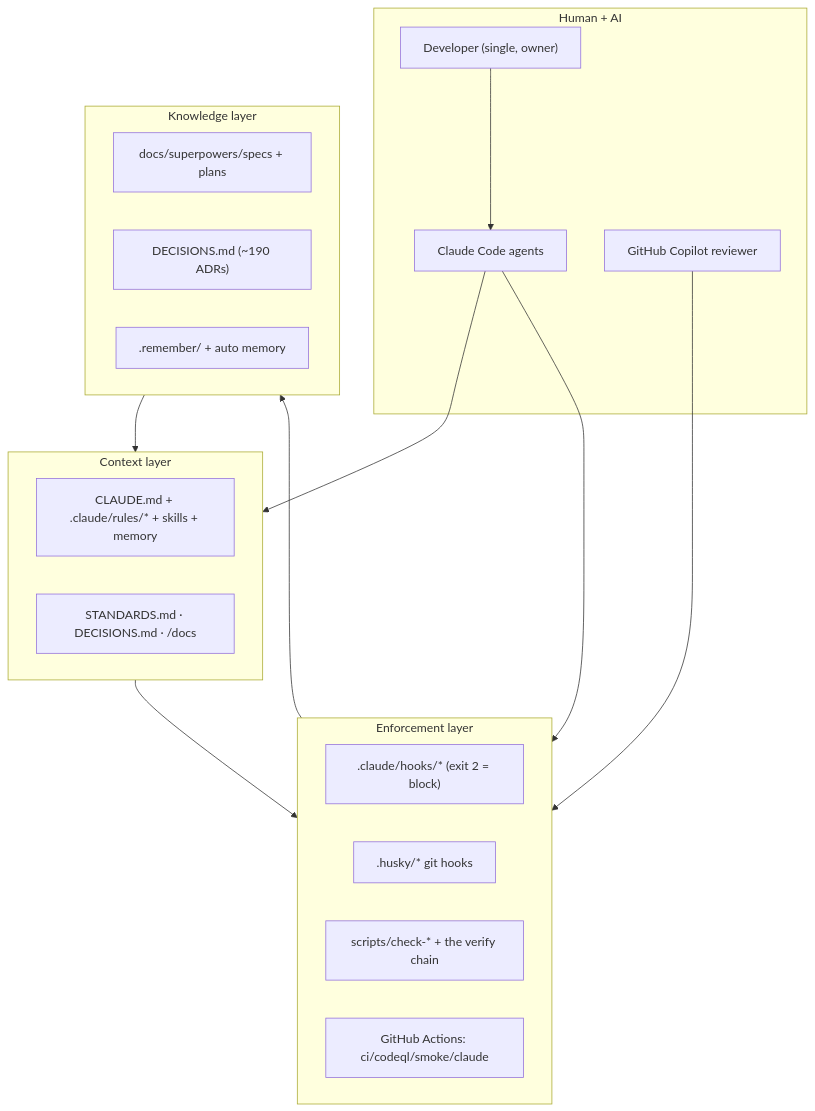
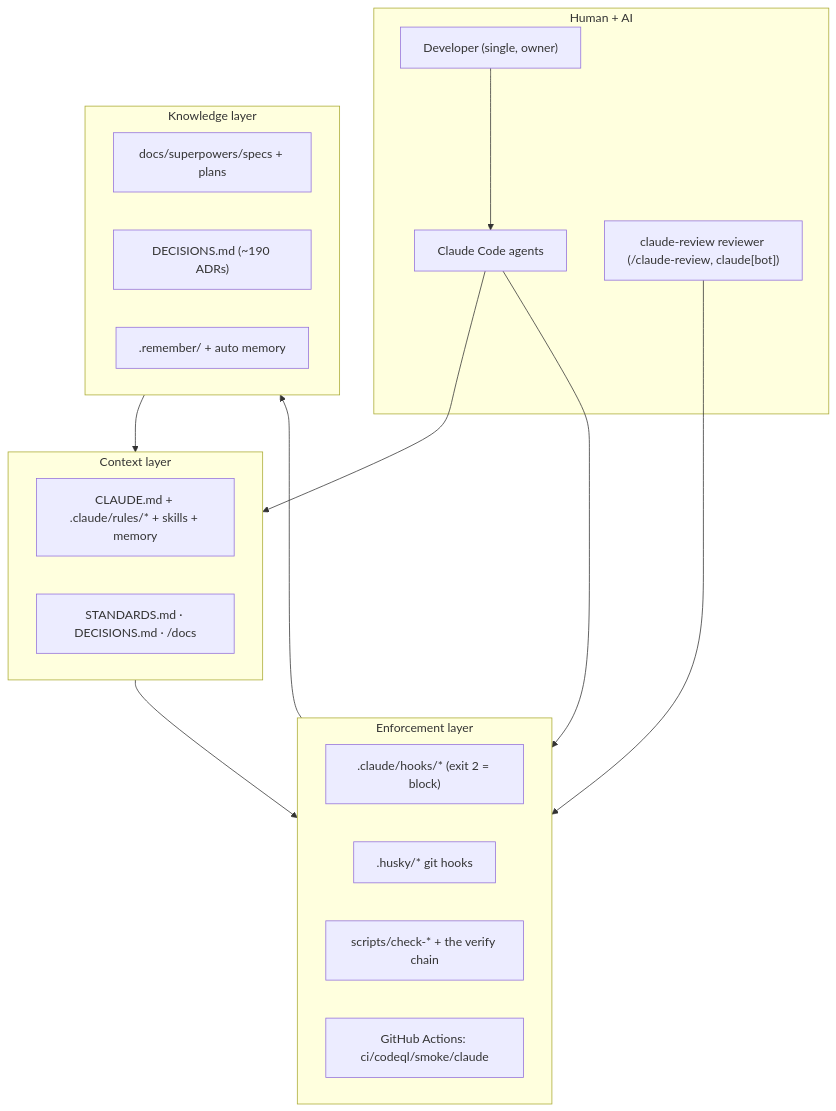
One commit to erikunha/portfolio changed the diagram in docs/handbook/README.md. Above: the diagram before and after it, drawn with Mermaid. The commit also changed 26 other files, not shown here.

First line of the commit message:
feat(review): claude-review-only gate + purge Copilot from tooling/docs (#155)

````diff
--- a/docs/handbook/README.md
+++ b/docs/handbook/README.md
@@ -33,30 +33,30 @@
 ```mermaid
 flowchart TB
     subgraph people["Human + AI"]
         dev["Developer (single, owner)"]
         claude["Claude Code agents"]
-        copilot["GitHub Copilot reviewer"]
+        claudereview["claude-review reviewer (/claude-review, claude[bot])"]
     end
     subgraph context["Context layer"]
         cl["CLAUDE.md + .claude/rules/* + skills + memory"]
         docs["STANDARDS.md · DECISIONS.md · /docs"]
     end
     subgraph enforce["Enforcement layer"]
         hooks[".claude/hooks/* (exit 2 = block)"]
         husky[".husky/* git hooks"]
         gates["scripts/check-* + the verify chain"]
         ci["GitHub Actions: ci/codeql/smoke/claude"]
     end
     subgraph knowledge["Knowledge layer"]
         specs["docs/superpowers/specs + plans"]
         adr["DECISIONS.md (~190 ADRs)"]
         mem[".remember/ + auto memory"]
     end
     dev --> claude
     claude --> context
     context --> enforce
     claude --> enforce
-    copilot --> enforce
+    claudereview --> enforce
     enforce --> knowledge
     knowledge --> context
 ```
````
